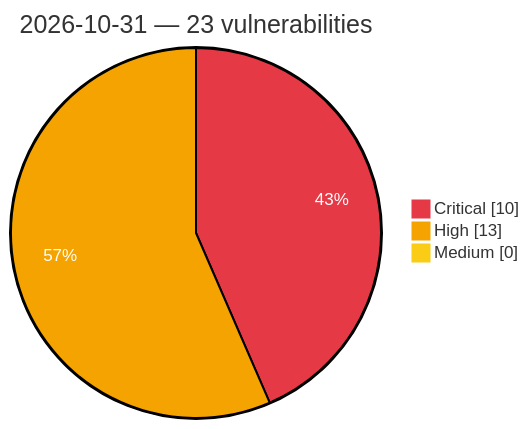
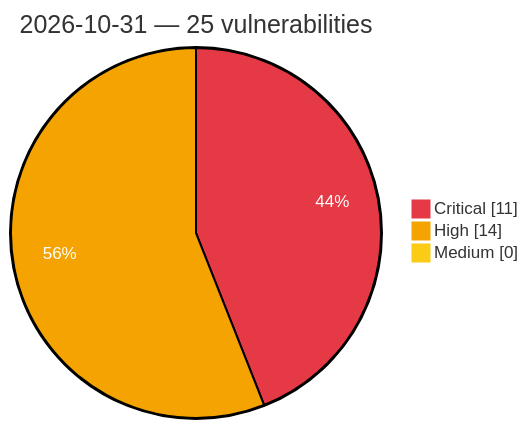
One commit to GhostX0X/vuln-tracker changed the diagram in vulnerabilities/2026/October/2026-10-31.md. Above: the diagram before and after it, drawn with Mermaid. The commit also changed other lines of this file and 5 other files, not shown here.

Commit message:
Auto update: critical/high vulns (2026-10-31 22:28 UTC)

````diff
--- a/vulnerabilities/2026/October/2026-10-31.md
+++ b/vulnerabilities/2026/October/2026-10-31.md
@@ -3,8 +3,8 @@
 ```mermaid
 %%{init: {'theme':'base', 'themeVariables': {'pie1':'#e63946', 'pie2':'#f4a300', 'pie3':'#facc15', 'pieOpacity':'1', 'pieOuterStrokeWidth':'2px', 'pieSectionTextColor':'#ffffff'}}}%%
 pie showData
-    title 2026-10-31 — 23 vulnerabilities
-    "Critical" : 10
-    "High" : 13
+    title 2026-10-31 — 25 vulnerabilities
+    "Critical" : 11
+    "High" : 14
     "Medium" : 0
 ```
````
